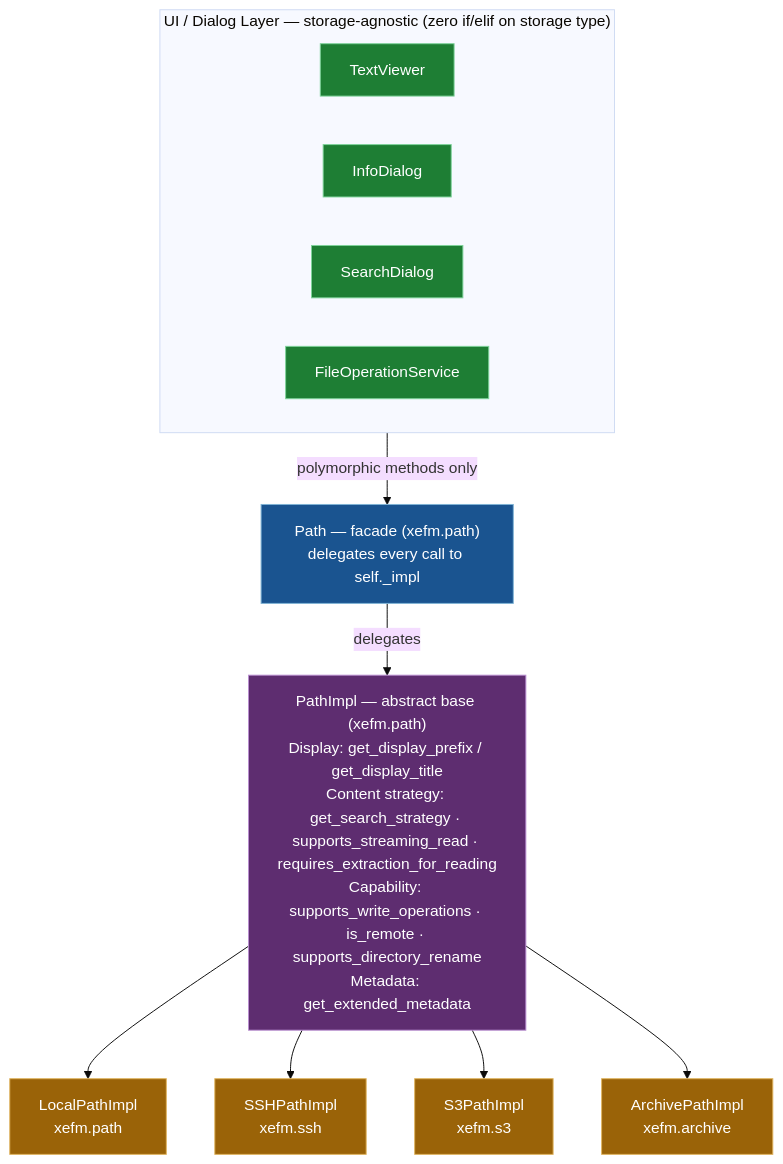
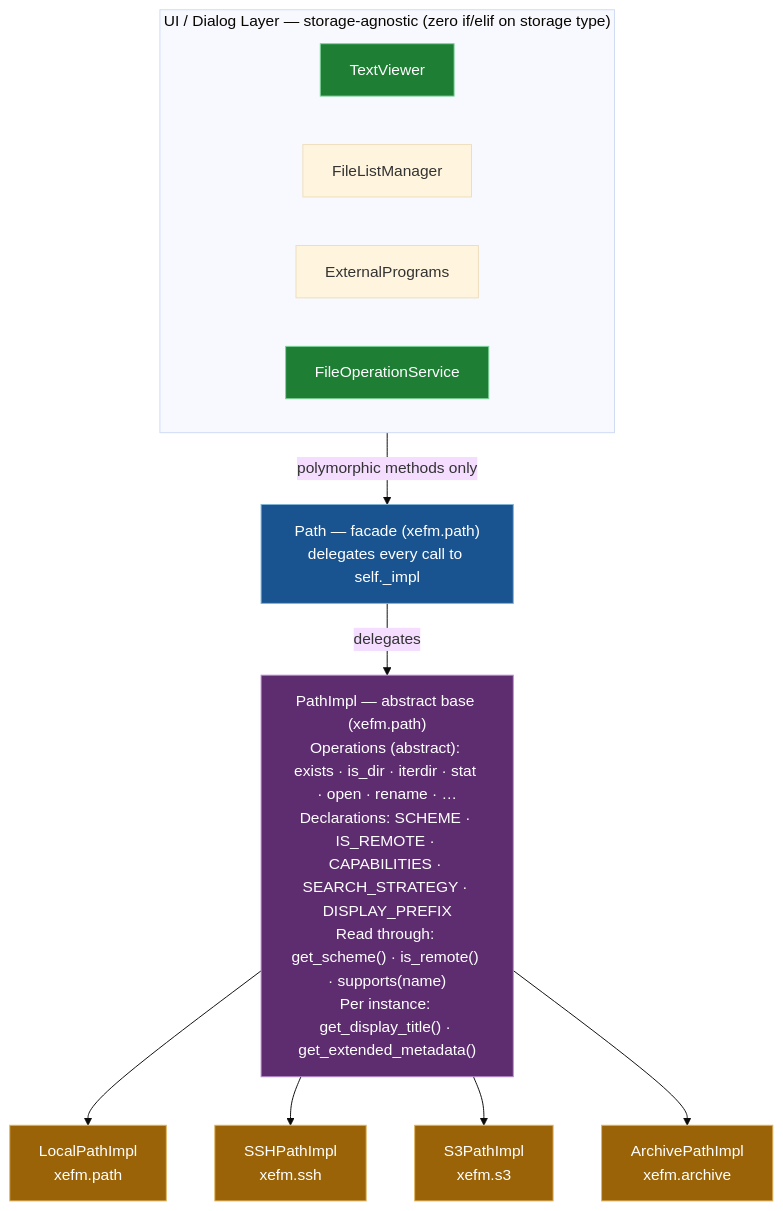
Before and after one commit to crftwr/xefm: the diagram in doc/dev/PATH_POLYMORPHISM_SYSTEM.md, drawn with Mermaid (base theme). The commit also changed other lines of this file and 11 other files, not shown here.

````diff
--- a/doc/dev/PATH_POLYMORPHISM_SYSTEM.md
+++ b/doc/dev/PATH_POLYMORPHISM_SYSTEM.md
@@ -11,30 +11,30 @@
 ```mermaid
 flowchart TB
     subgraph UI["UI / Dialog Layer — storage-agnostic (zero if/elif on storage type)"]
         direction LR
         TV["TextViewer"]
-        ID["InfoDialog"]
-        SD["SearchDialog"]
+        FLM["FileListManager"]
+        EP["ExternalPrograms"]
         FO["FileOperationService"]
     end
 
     Path["Path — facade (xefm.path)<br/>delegates every call to self._impl"]
-    Impl["PathImpl — abstract base (xefm.path)<br/>Display: get_display_prefix / get_display_title<br/>Content strategy: get_search_strategy · supports_streaming_read · requires_extraction_for_reading<br/>Capability: supports_write_operations · is_remote · supports_directory_rename<br/>Metadata: get_extended_metadata"]
+    Impl["PathImpl — abstract base (xefm.path)<br/>Operations (abstract): exists · is_dir · iterdir · stat · open · rename · …<br/>Declarations: SCHEME · IS_REMOTE · CAPABILITIES · SEARCH_STRATEGY · DISPLAY_PREFIX<br/>Read through: get_scheme() · is_remote() · supports(name)<br/>Per instance: get_display_title() · get_extended_metadata()"]
     Local["LocalPathImpl<br/>xefm.path"]
     SSH["SSHPathImpl<br/>xefm.ssh"]
     S3["S3PathImpl<br/>xefm.s3"]
     Archive["ArchivePathImpl<br/>xefm.archive"]
 
     UI -->|polymorphic methods only| Path
     Path -->|delegates| Impl
     Impl --> Local & SSH & S3 & Archive
 
     classDef ui fill:#1e7e34,stroke:#7fd39b,color:#fff;
     classDef facade fill:#1a5490,stroke:#7fb3d5,color:#fff;
     classDef abc fill:#5e2d70,stroke:#b98fd0,color:#fff;
     classDef impl fill:#9a6308,stroke:#e0b45f,color:#fff;
     class TV,ID,SD,FO ui;
     class Path facade;
     class Impl abc;
     class Local,SSH,S3,Archive impl;
 ```
````
